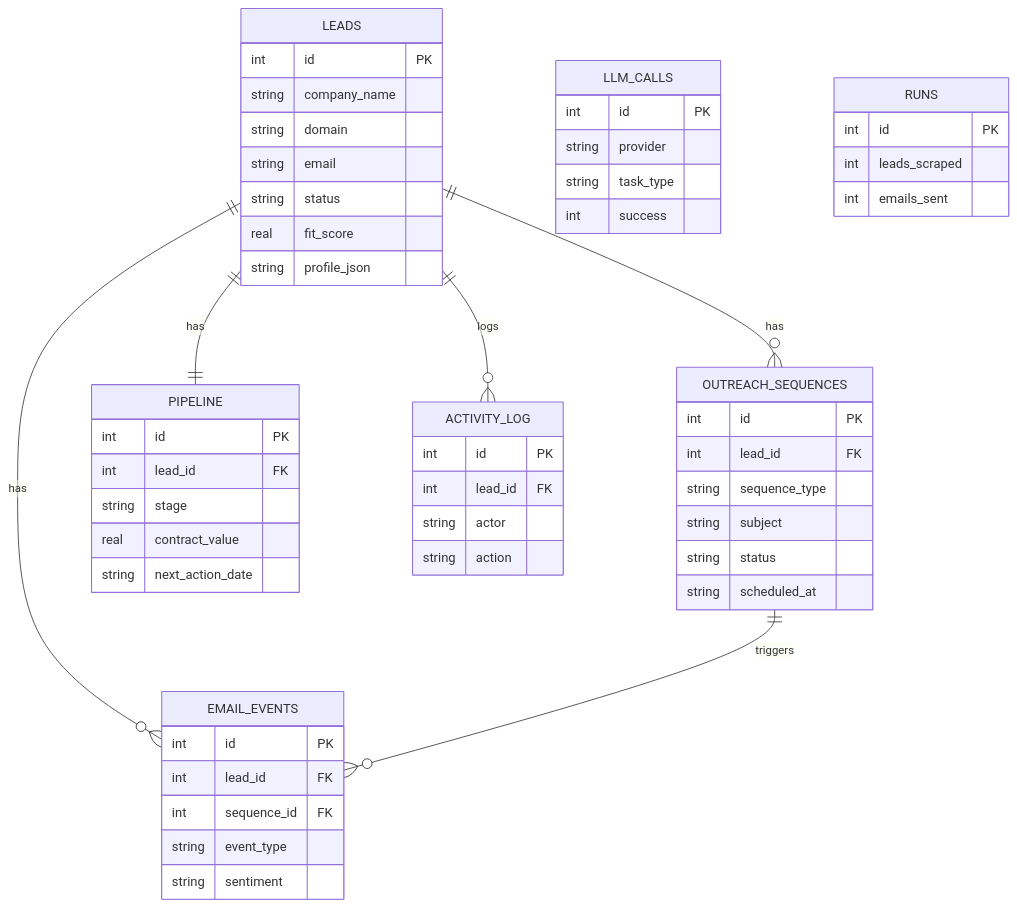
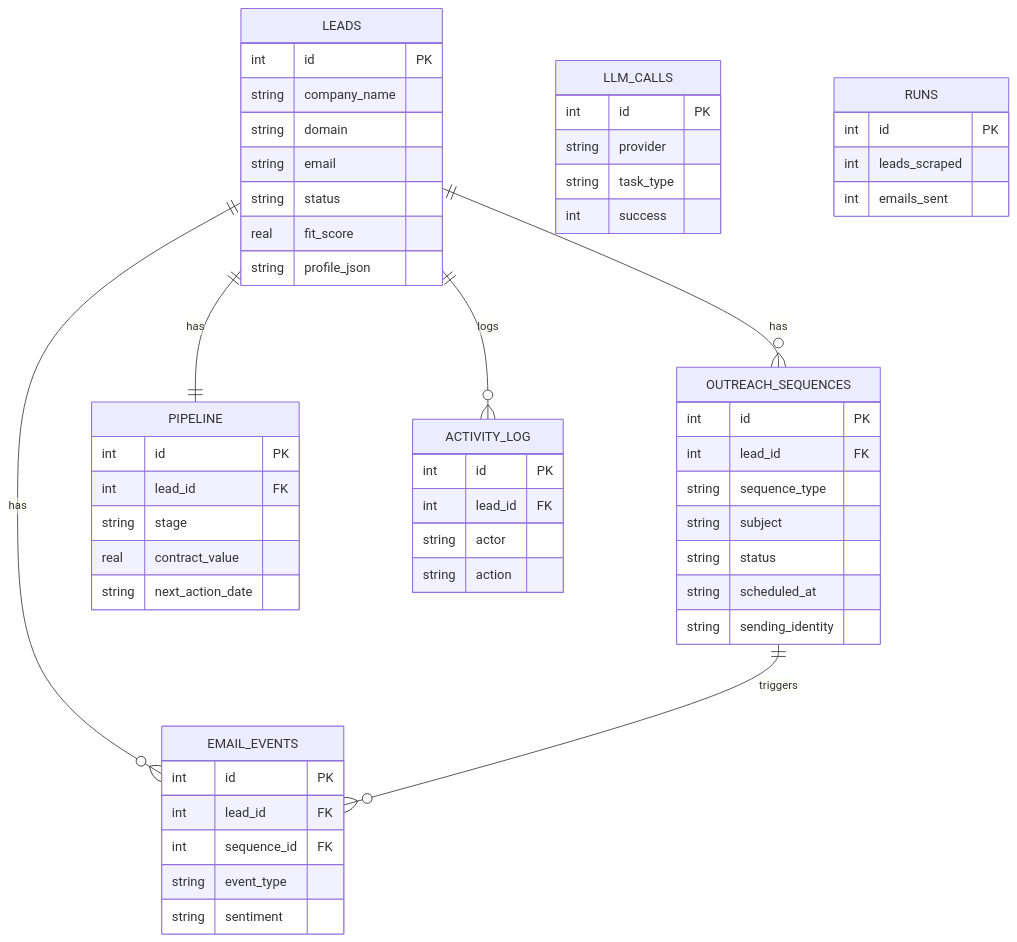
One commit to raghul-cyber/contractor-os changed the eighth of 8 diagrams in README.md. Above: the diagram before and after it, drawn with Mermaid. The commit also changed other lines of this file, not shown here.

````diff
--- a/README.md
+++ b/README.md
@@ -225,57 +287,58 @@
 ```mermaid
 erDiagram
     LEADS ||--o{ OUTREACH_SEQUENCES : has
     LEADS ||--o{ EMAIL_EVENTS : has
     LEADS ||--|| PIPELINE : has
     LEADS ||--o{ ACTIVITY_LOG : logs
     OUTREACH_SEQUENCES ||--o{ EMAIL_EVENTS : triggers
 
     LEADS {
         int id PK
         string company_name
         string domain
         string email
         string status
         real fit_score
         string profile_json
     }
     OUTREACH_SEQUENCES {
         int id PK
         int lead_id FK
         string sequence_type
         string subject
         string status
         string scheduled_at
+        string sending_identity
     }
     EMAIL_EVENTS {
         int id PK
         int lead_id FK
         int sequence_id FK
         string event_type
         string sentiment
     }
     PIPELINE {
         int id PK
         int lead_id FK
         string stage
         real contract_value
         string next_action_date
     }
     ACTIVITY_LOG {
         int id PK
         int lead_id FK
         string actor
         string action
     }
     LLM_CALLS {
         int id PK
         string provider
         string task_type
         int success
     }
     RUNS {
         int id PK
         int leads_scraped
         int emails_sent
     }
 ```
````
